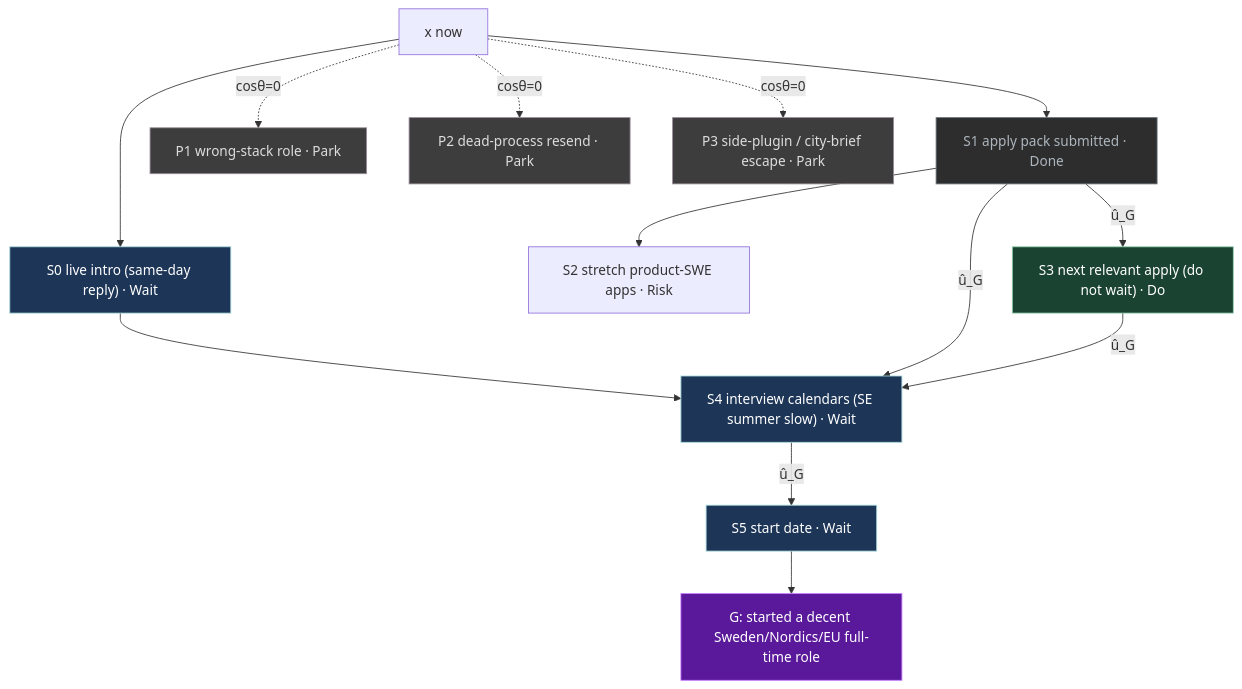
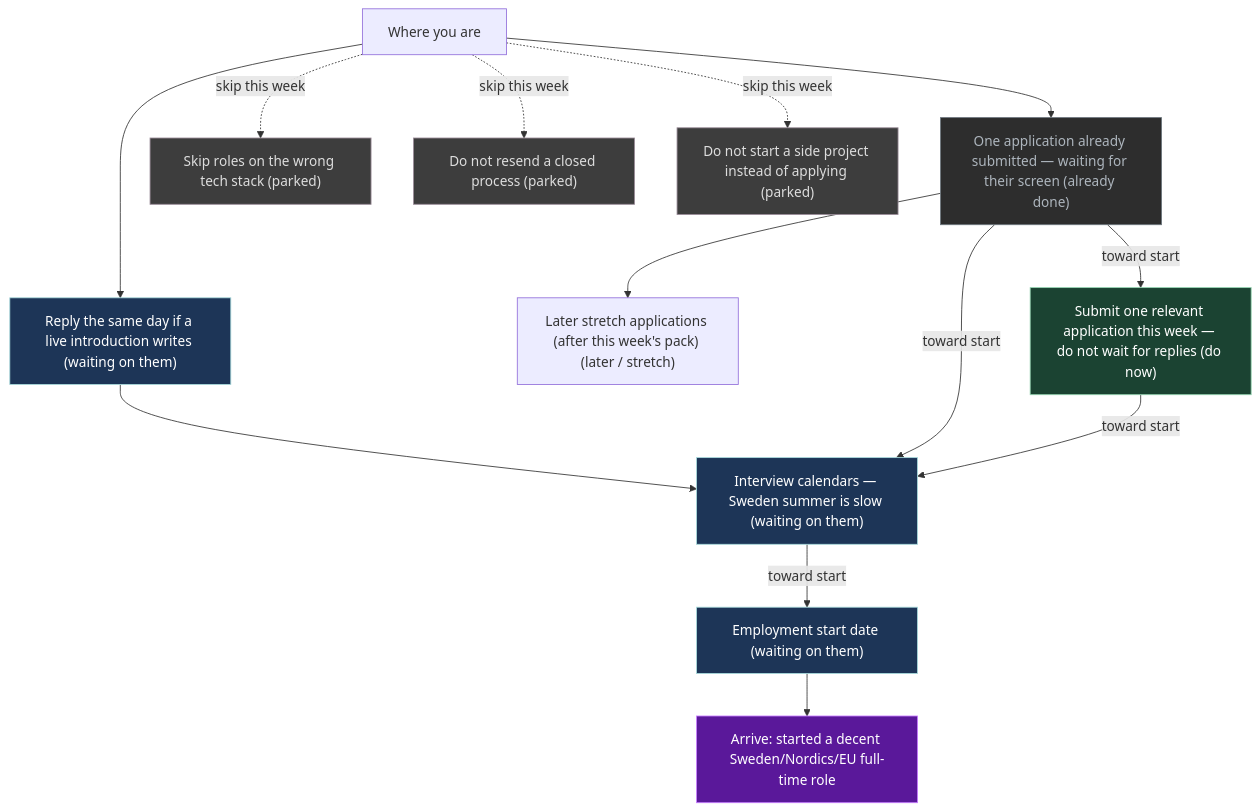
One commit to p10ns11y/life-os changed the diagram in UI/Mission.md. Above: the diagram before and after it, drawn with Mermaid. The commit also changed other lines of this file and 2 other files, not shown here.

First line of the commit message:
docs(ui): Mission graph in plain language

````diff
--- a/UI/Mission.md
+++ b/UI/Mission.md
@@ -62,36 +55,36 @@
 ```mermaid
 flowchart TB
-  x["x now"]
-  G["G: started a decent Sweden/Nordics/EU full-time role"]
-  S0["S0 live intro (same-day reply) · Wait"]
-  S1["S1 apply pack submitted · Done"]
-  S2["S2 stretch product-SWE apps · Risk"]
-  S3["S3 next relevant apply (do not wait) · Do"]
-  S4["S4 interview calendars (SE summer slow) · Wait"]
-  S5["S5 start date · Wait"]
-  P1["P1 wrong-stack role · Park"]
-  P2["P2 dead-process resend · Park"]
-  P3["P3 side-plugin / city-brief escape · Park"]
+  x["Where you are"]
+  G["Arrive: started a decent Sweden/Nordics/EU full-time role"]
+  S0["Reply the same day if a live introduction writes (waiting on them)"]
+  S1["One application already submitted — waiting for their screen (already done)"]
+  S2["Later stretch applications (after this week's pack) (later / stretch)"]
+  S3["Submit one relevant application this week — do not wait for replies (do now)"]
+  S4["Interview calendars — Sweden summer is slow (waiting on them)"]
+  S5["Employment start date (waiting on them)"]
+  P1["Skip roles on the wrong tech stack (parked)"]
+  P2["Do not resend a closed process (parked)"]
+  P3["Do not start a side project instead of applying (parked)"]
   x --> S0
   x --> S1
   S1 --> S2
-  S1 -->|"û_G"| S3
+  S1 -->|"toward start"| S3
   S0 --> S4
-  S1 -->|"û_G"| S4
-  S3 -->|"û_G"| S4
-  S4 -->|"û_G"| S5
-  x -.->|"cosθ=0"| P1
-  x -.->|"cosθ=0"| P2
-  x -.->|"cosθ=0"| P3
+  S1 -->|"toward start"| S4
+  S3 -->|"toward start"| S4
+  S4 -->|"toward start"| S5
+  x -.->|"skip this week"| P1
+  x -.->|"skip this week"| P2
+  x -.->|"skip this week"| P3
   S5 --> G
   classDef do fill:#1b4332,stroke:#95d5b2,color:#fff
   classDef wait fill:#1d3557,stroke:#a8dadc,color:#fff
   classDef park fill:#3d3d3d,stroke:#9a8c98,color:#ddd
   classDef done fill:#2d2d2d,stroke:#6c757d,color:#adb5bd
   classDef goal fill:#5a189a,stroke:#c77dff,color:#fff
   class G goal
   class S3 do
   class S0,S4,S5 wait
   class P1,P2,P3 park
   class S1 done
 ```
````
